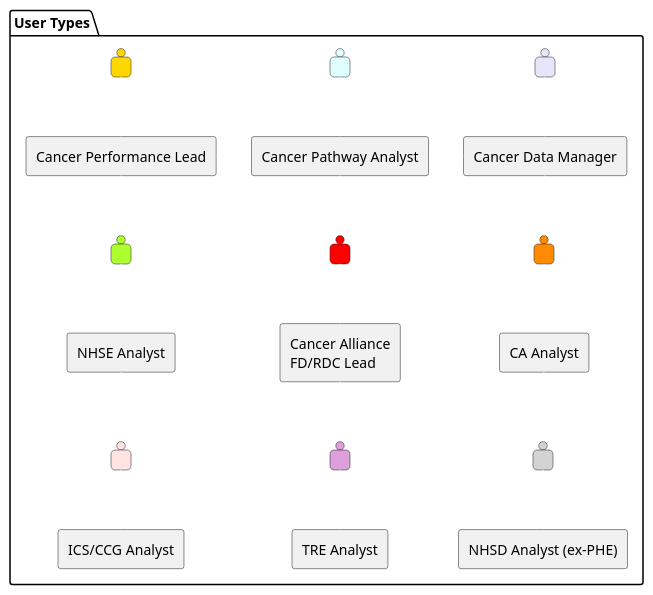
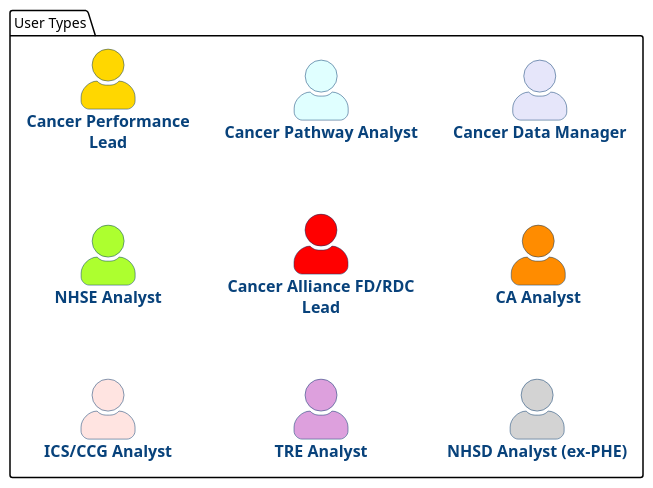
Before and after one commit to nhsx/dt-public: the diagram in CWT/Process/user-types.puml, drawn with PlantUML. The commit also changed 2 other files, not shown here.

Commit message:
Update file(s) "/." from "nhsx/dt-architecture"

```diff
--- a/CWT/Process/user-types.puml
+++ b/CWT/Process/user-types.puml
@@ -1,55 +1,39 @@
 @startuml
 'left to right direction
+
+!include <C4/C4_Container>
+
+HIDE_STEREOTYPE()
+SHOW_PERSON_PORTRAIT()
+
 skinparam Shadowing false
+
 
 package "User Types" {
 
-  person " " as cancer.perf.lead #Gold
-  person " " as cancer.pathway.analyst #LightCyan
-  person " " as cancer.data.manager #Lavender
+  Person("cancer.perf.lead", "Cancer Performance Lead", "") #Gold   
+  Person("cancer.pathway.analyst", "Cancer Pathway Analyst", "") #LightCyan
+  Person("cancer.data.manager", "Cancer Data Manager", "") #Lavender
 
-  rectangle "Cancer Data Manager" as n1
-  rectangle "CA Analyst" as n2  
-  rectangle "NHSD Analyst (ex-PHE)" as n3
+  Person("nhse.analyst", "NHSE Analyst", "") #GreenYellow   
+  Person("cancer.alliance.fd.lead", "Cancer Alliance FD/RDC Lead", "") #Red
+  Person("ca.analyst", "CA Analyst", "") #DarkOrange
 
-  person " " as nhse.analyst #GreenYellow
-  person " " as cancer.alliance.fd.lead #Red  
-  person " " as ca.analyst #DarkOrange 
+  Person("ics.analyst", "ICS/CCG Analyst", "") #MistyRose   
+  Person("tre.analyst", "TRE Analyst", "") #Plum
+  Person("nhsd.analyst", "NHSD Analyst (ex-PHE)", "") #LightGrey
 
-  rectangle "Cancer Pathway Analyst" as n4
-  rectangle "Cancer Alliance\nFD/RDC Lead" as n5  
-  rectangle "TRE Analyst" as n6
+  cancer.perf.lead .[#hidden] cancer.pathway.analyst
+  cancer.pathway.analyst .[#hidden] cancer.data.manager
 
-  person " " as ics.analyst #MistyRose
-  person " " as tre.analyst #Plum  
-  person " " as nhsd.analyst #LightGrey
-     
-  rectangle "Cancer Performance Lead" as n7
-  rectangle "NHSE Analyst" as n8  
-  rectangle "ICS/CCG Analyst" as n9  
+  cancer.perf.lead .[#hidden]. nhse.analyst
+  cancer.pathway.analyst .[#hidden].  cancer.alliance.fd.lead 
+  cancer.data.manager .[#hidden].  ca.analyst
 
-  cancer.data.manager .[#hidden]. n1
-  ca.analyst .[#hidden]. n2
-  nhsd.analyst .[#hidden]. n3
+  nhse.analyst .[#hidden]. ics.analyst
+  cancer.alliance.fd.lead .[#hidden]. tre.analyst
+  ca.analyst .[#hidden]. nhsd.analyst
 
-  n1 -[#hidden]- ca.analyst
-  n4 -[#hidden]- cancer.alliance.fd.lead
-  n5 -[#hidden]- tre.analyst
+}
 
-  cancer.pathway.analyst .[#hidden]. n4
-  cancer.alliance.fd.lead .[#hidden]. n5
-  tre.analyst .[#hidden]. n6
-
-  n2 -[#hidden]- nhsd.analyst
-  n8 -[#hidden]- ics.analyst   
-  n7 -[#hidden]- nhse.analyst
-
-  cancer.perf.lead .[#hidden]. n7
-  nhse.analyst .[#hidden]. n8
-  ics.analyst  .[#hidden]. n9
-
-  n7 -[#hidden] n4
-  n4 -[#hidden] n1
- 
-}
 @enduml
```
